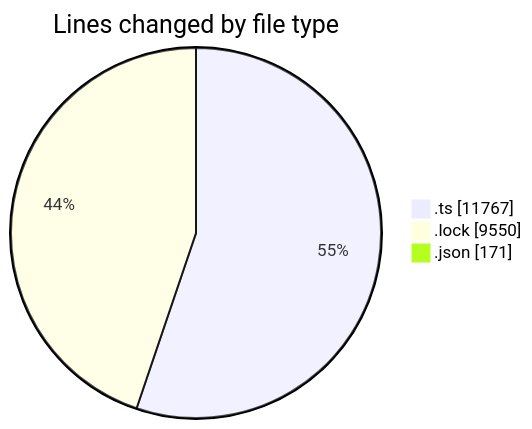
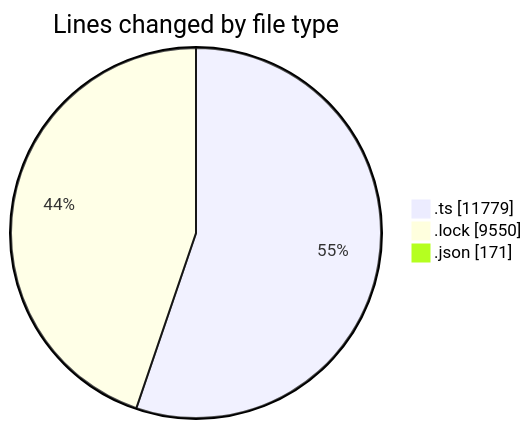
The first of 2 diagrams in 2025-10-30/cda/README.md (momahboobian/code-tracking), drawn with Mermaid before and after one commit. The commit also changed other lines of this file and 1 other file, not shown here.

````diff
--- a/2025-10-30/cda/README.md
+++ b/2025-10-30/cda/README.md
@@ -28,7 +28,7 @@
 ```mermaid
 pie showData
 title Lines changed by file type
-".ts" : 11767
+".ts" : 11779
 ".lock" : 9550
 ".json" : 171
 ```
````
